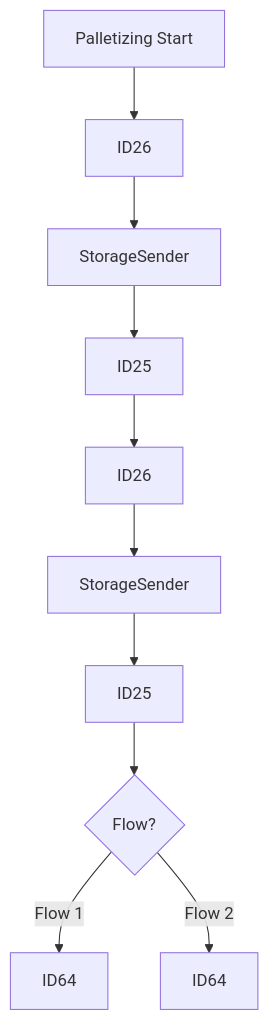
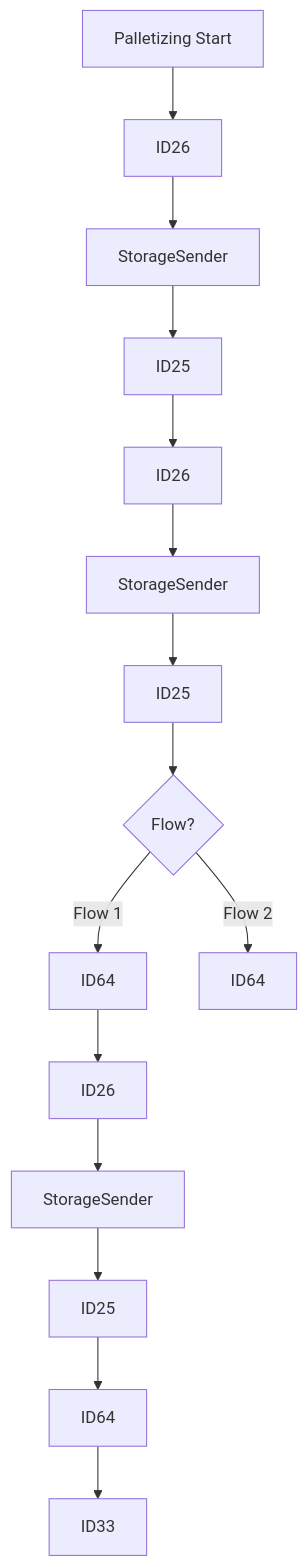
One commit to luthfiadityaa/SimeDarby-Wiki changed the second of 2 diagrams in Basic-Design/DFD-WMS/Storage/Palletizing-Settting.md. Above: the diagram before and after it, drawn with Mermaid.

Commit message:
Updated Palletizing Settting

```diff
--- a/Basic-Design/DFD-WMS/Storage/Palletizing-Settting.md
+++ b/Basic-Design/DFD-WMS/Storage/Palletizing-Settting.md
@@ -17,8 +17,9 @@
 ::: mermaid
 flowchart TD  
 P1[Palletizing Start]-->P2[ID26]-->P3[StorageSender]-->P4[ID25]
 P4[ID25]-->P5[ID26]-->P6[StorageSender]-->P7[ID25]
 P7[ID25]-->Cond1{Flow?} 
 Cond1 --> |Flow 1| P8[ID64]
 Cond1 --> |Flow 2| P9[ID64]
+P8[ID64]-->P10[ID26]-->P11[StorageSender]-->P12[ID25]-->P13[ID64]-->P14[ID33]
 :::
```
